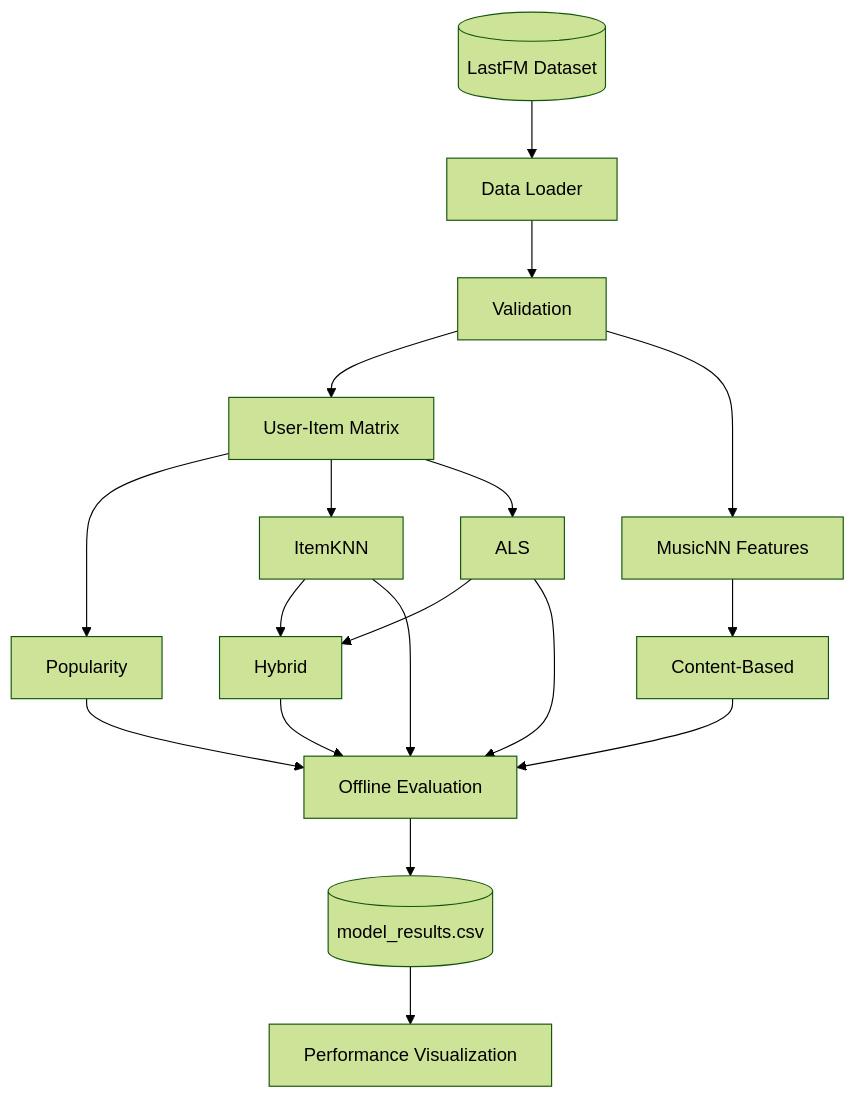
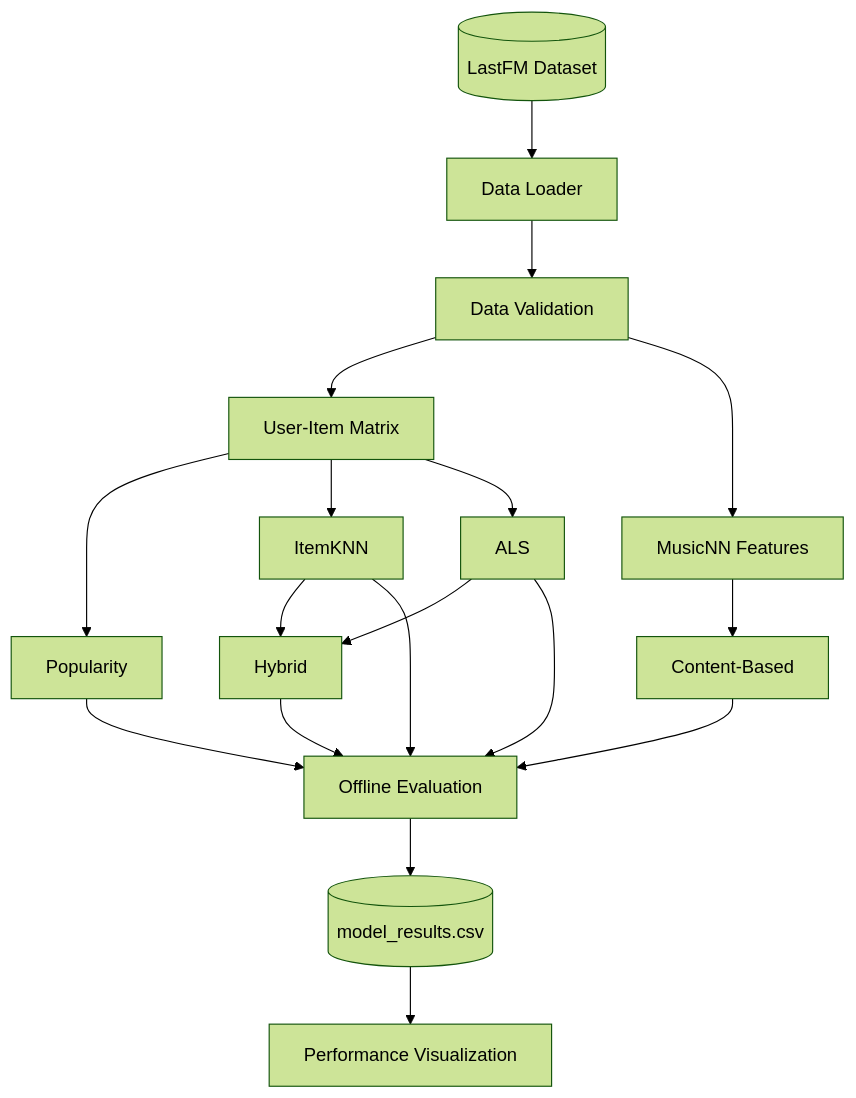
One commit to saba-zia/lastfm-music-recommender changed the second of 2 diagrams in README.md. Above: the diagram before and after it, drawn with Mermaid (forest theme). The commit also changed other lines of this file, not shown here.

````diff
--- a/README.md
+++ b/README.md
@@ -50,35 +63,27 @@
 ```mermaid
 flowchart TD
 
-DATA[(LastFM Dataset)]
+    DATA[(LastFM Dataset)] --> LOADER[Data Loader]
+    LOADER --> VALIDATION[Data Validation]
 
-DATA --> LOADER[Data Loader]
+    VALIDATION --> MATRIX[User-Item Matrix]
+    VALIDATION --> FEATURES[MusicNN Features]
 
-LOADER --> VALIDATION[Validation]
+    MATRIX --> POP[Popularity]
+    MATRIX --> ITEM[ItemKNN]
+    MATRIX --> ALS[ALS]
 
-VALIDATION --> MATRIX[User-Item Matrix]
+    FEATURES --> CONTENT[Content-Based]
 
-VALIDATION --> FEATURES[MusicNN Features]
+    ITEM --> HYBRID[Hybrid]
+    ALS --> HYBRID
 
-MATRIX --> POP[Popularity]
+    POP --> EVAL[Offline Evaluation]
+    ITEM --> EVAL
+    CONTENT --> EVAL
+    ALS --> EVAL
+    HYBRID --> EVAL
 
-MATRIX --> ITEM[ItemKNN]
-
-MATRIX --> ALS[ALS]
-
-FEATURES --> CONTENT[Content-Based]
-
-ALS --> HYBRID[Hybrid]
-
-ITEM --> HYBRID
-
-POP --> EVAL[Offline Evaluation]
-ITEM --> EVAL
-CONTENT --> EVAL
-ALS --> EVAL
-HYBRID --> EVAL
-
-EVAL --> RESULTS[(model_results.csv)]
-
-RESULTS --> CHART[Performance Visualization]
+    EVAL --> RESULTS[(model_results.csv)]
+    RESULTS --> CHART[Performance Visualization]
 ```
````
